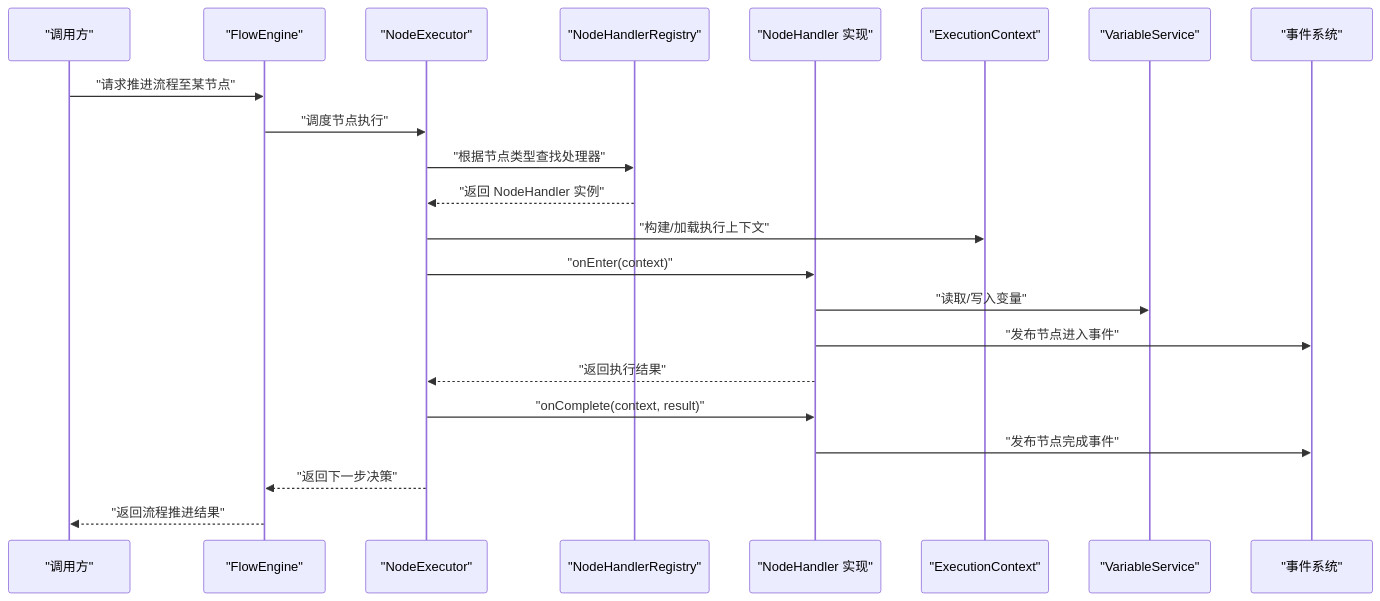
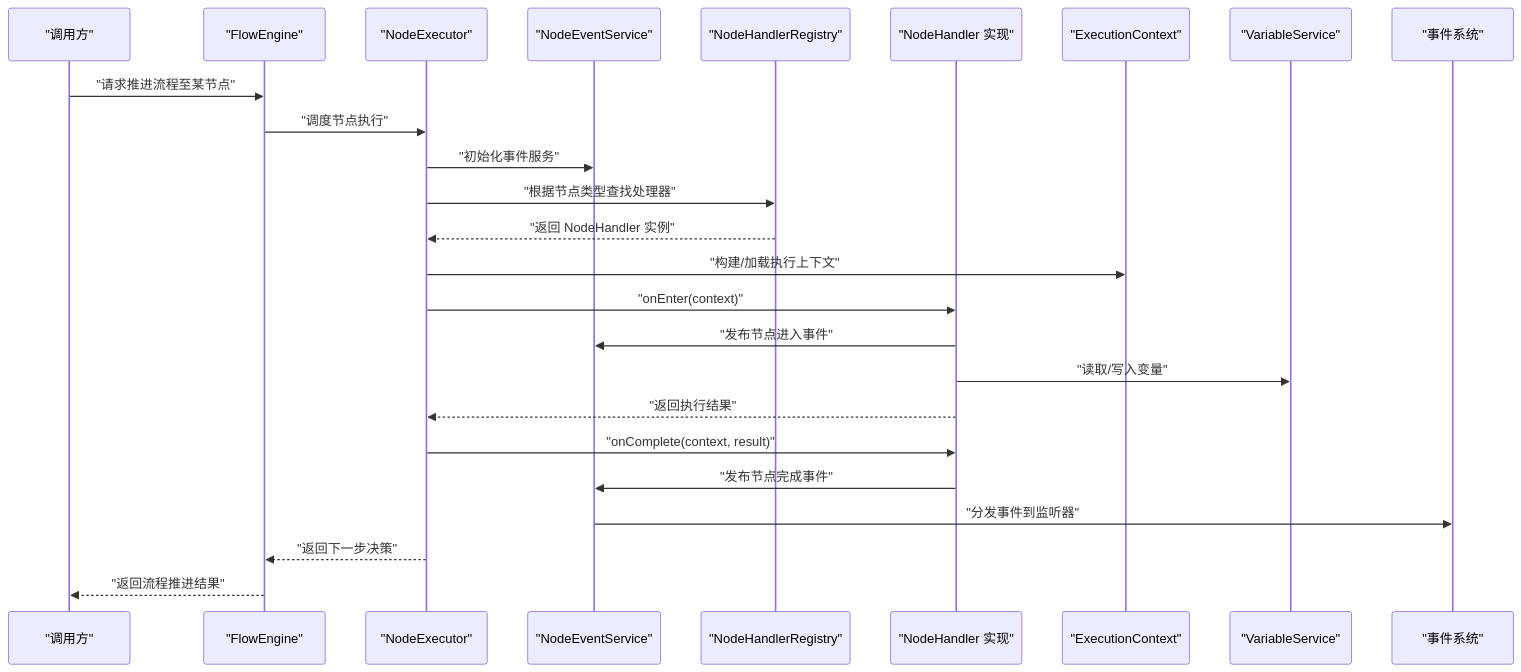
Before and after one commit to liming-lihaini/workflow: the second of 5 diagrams in .qoder/repowiki/zh/content/核心引擎设计/节点处理器架构/节点处理器架构.md, drawn with Mermaid. The commit also changed other lines of this file and 9 other files, not shown here.

````diff
--- a/.qoder/repowiki/zh/content/核心引擎设计/节点处理器架构/节点处理器架构.md
+++ b/.qoder/repowiki/zh/content/核心引擎设计/节点处理器架构/节点处理器架构.md
@@ -144,24 +160,27 @@
 ```mermaid
 sequenceDiagram
 participant Client as "调用方"
 participant Engine as "FlowEngine"
 participant Exec as "NodeExecutor"
+participant EventSvc as "NodeEventService"
 participant Reg as "NodeHandlerRegistry"
 participant Handler as "NodeHandler 实现"
 participant Ctx as "ExecutionContext"
 participant Var as "VariableService"
 participant Ev as "事件系统"
 Client->>Engine : "请求推进流程至某节点"
 Engine->>Exec : "调度节点执行"
+Exec->>EventSvc : "初始化事件服务"
 Exec->>Reg : "根据节点类型查找处理器"
 Reg-->>Exec : "返回 NodeHandler 实例"
 Exec->>Ctx : "构建/加载执行上下文"
 Exec->>Handler : "onEnter(context)"
+Handler->>EventSvc : "发布节点进入事件"
 Handler->>Var : "读取/写入变量"
-Handler->>Ev : "发布节点进入事件"
 Handler-->>Exec : "返回执行结果"
 Exec->>Handler : "onComplete(context, result)"
-Handler->>Ev : "发布节点完成事件"
+Handler->>EventSvc : "发布节点完成事件"
+EventSvc->>Ev : "分发事件到监听器"
 Exec-->>Engine : "返回下一步决策"
 Engine-->>Client : "返回流程推进结果"
 ```
````
